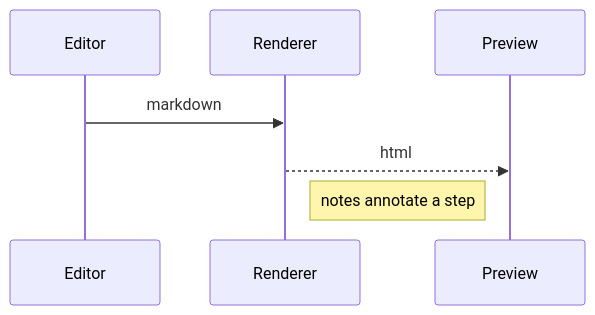
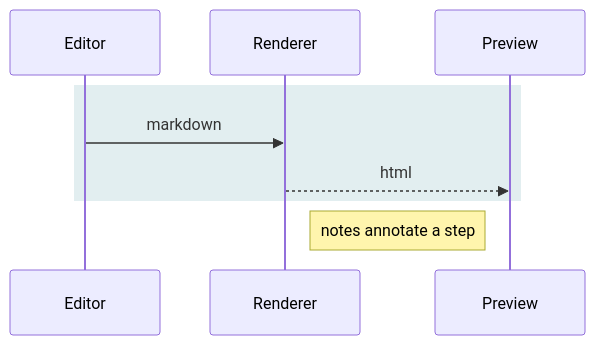
The second of 2 diagrams in webshell/cheatsheet.md (paultechguy/Marqora), drawn with Mermaid before and after one commit. The commit also changed other lines of this file and 2 other files, not shown here.

Commit message:
Update colors for app related markdown content

````diff
--- a/webshell/cheatsheet.md
+++ b/webshell/cheatsheet.md
@@ -248,6 +299,8 @@
 ```mermaid
 sequenceDiagram
-    Editor->>Renderer: markdown
-    Renderer-->>Preview: html
+    rect rgba(63, 143, 152, 0.15)
+        Editor->>Renderer: markdown
+        Renderer-->>Preview: html
+    end
     Note right of Renderer: notes annotate a step
 ```
````
